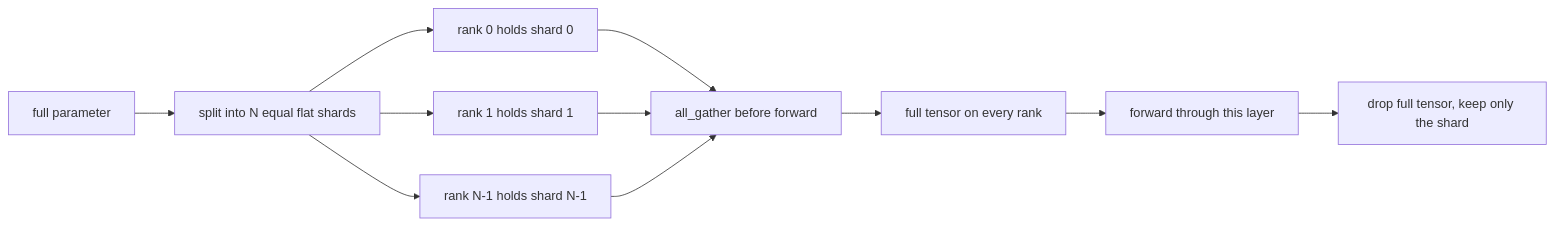
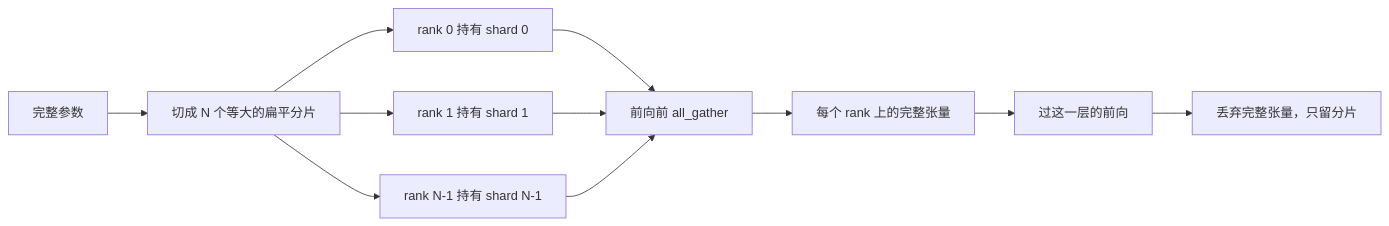
The second of 2 diagrams in phases/19-capstone-projects/48-distributed-fsdp-ddp/docs/zh.md (JerryC8080/ai-engineering-from-scratch-zh), drawn with Mermaid before and after one commit. The commit also changed other lines of this file and 156 other files, not shown here.

First line of the commit message:
i18n(zh): translate mermaid diagram labels in 157 lesson zh.md

````diff
--- a/phases/19-capstone-projects/48-distributed-fsdp-ddp/docs/zh.md
+++ b/phases/19-capstone-projects/48-distributed-fsdp-ddp/docs/zh.md
@@ -59,13 +59,13 @@
 ```mermaid
 flowchart LR
-  param[full parameter] --> split[split into N equal flat shards]
-  split --> r0[rank 0 holds shard 0]
-  split --> r1[rank 1 holds shard 1]
-  split --> rN[rank N-1 holds shard N-1]
-  r0 --> gather[all_gather before forward]
+  param[完整参数] --> split[切成 N 个等大的扁平分片]
+  split --> r0[rank 0 持有 shard 0]
+  split --> r1[rank 1 持有 shard 1]
+  split --> rN[rank N-1 持有 shard N-1]
+  r0 --> gather[前向前 all_gather]
   r1 --> gather
   rN --> gather
-  gather --> full[full tensor on every rank]
-  full --> fwd[forward through this layer]
-  fwd --> drop[drop full tensor, keep only the shard]
+  gather --> full[每个 rank 上的完整张量]
+  full --> fwd[过这一层的前向]
+  fwd --> drop[丢弃完整张量，只留分片]
 ```
````
